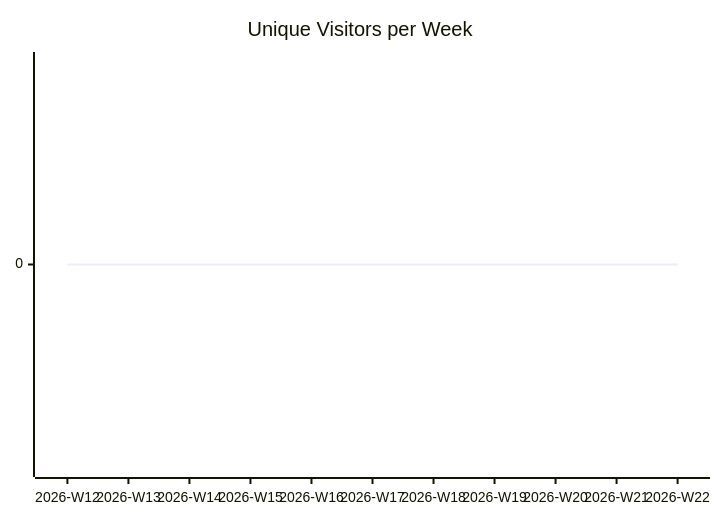
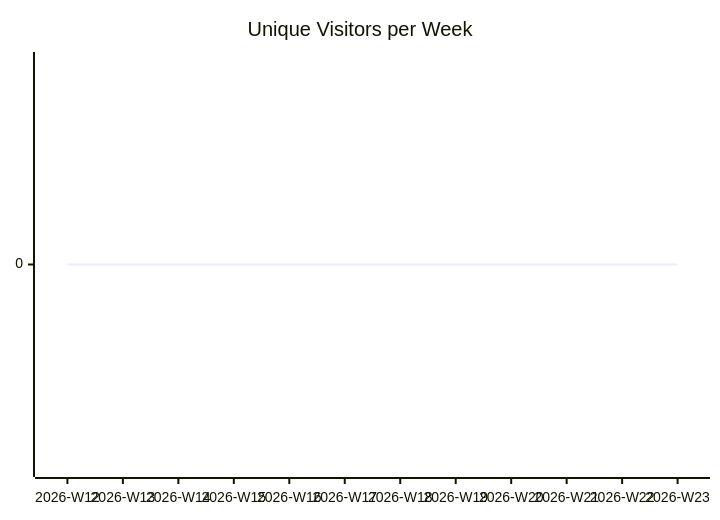
One commit to justdavis-family/github-analytics-data changed the first of 3 diagrams in karlmdavis/ansible/README.md. Above: the diagram before and after it, drawn with Mermaid. The commit also changed other lines of this file and 186 other files, not shown here.

````diff
--- a/karlmdavis/ansible/README.md
+++ b/karlmdavis/ansible/README.md
@@ -5,6 +5,6 @@
 ```mermaid
 xychart-beta
   title "Unique Visitors per Week"
-  x-axis ["2026-W12", "2026-W13", "2026-W14", "2026-W15", "2026-W16", "2026-W17", "2026-W18", "2026-W19", "2026-W20", "2026-W21", "2026-W22"]
-  line [0, 0, 0, 0, 0, 0, 0, 0, 0, 0, 0]
+  x-axis ["2026-W12", "2026-W13", "2026-W14", "2026-W15", "2026-W16", "2026-W17", "2026-W18", "2026-W19", "2026-W20", "2026-W21", "2026-W22", "2026-W23"]
+  line [0, 0, 0, 0, 0, 0, 0, 0, 0, 0, 0, 0]
 ```
````
